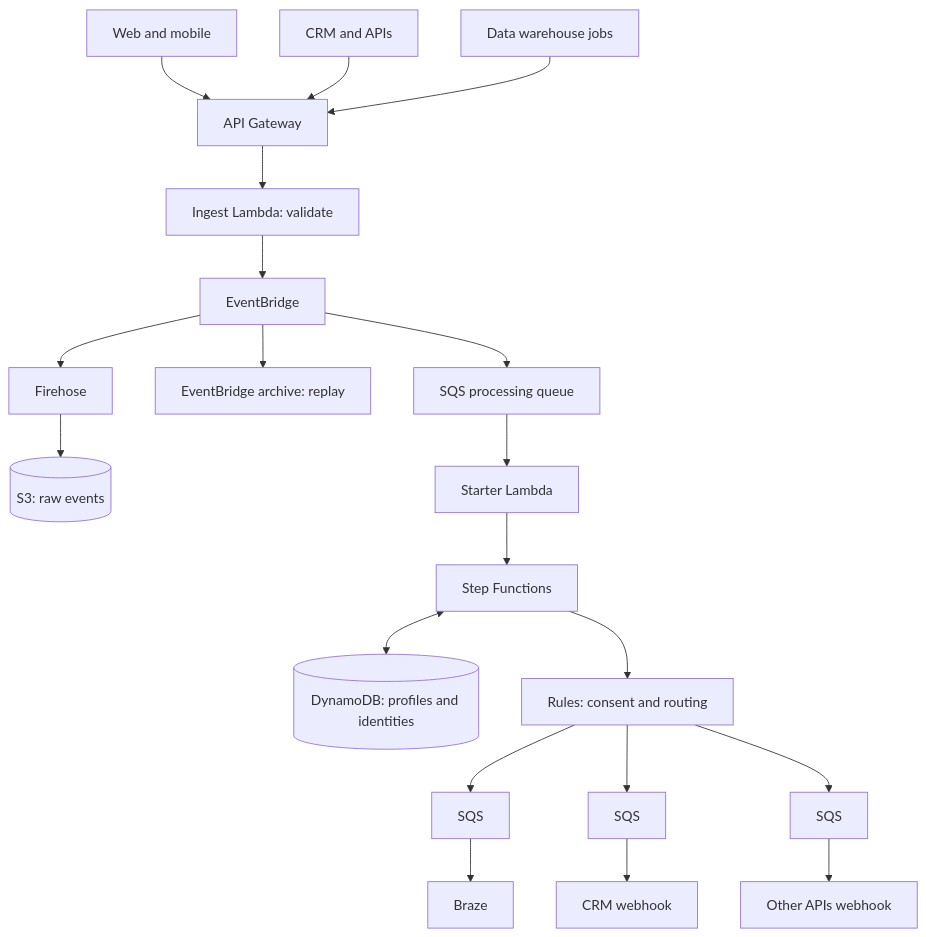
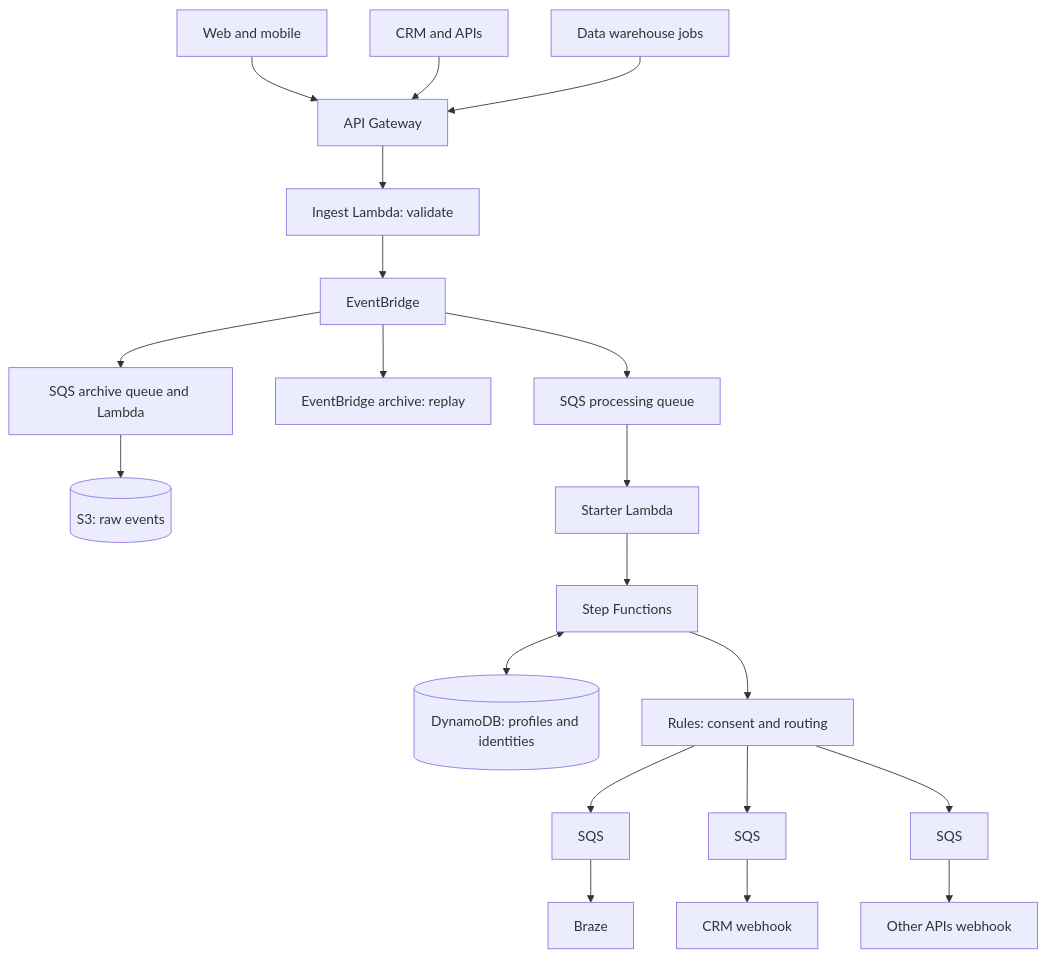
Before and after one commit to DeductiveReasons/customer-data-platform: the first of 3 diagrams in README.md, drawn with Mermaid. The commit also changed other lines of this file and 15 other files, not shown here.

````diff
--- a/README.md
+++ b/README.md
@@ -7,18 +7,18 @@
 ```mermaid
 flowchart TD
     A[Web and mobile] --> D
     B[CRM and APIs] --> D
     C[Data warehouse jobs] --> D
     D[API Gateway] --> E[Ingest Lambda: validate]
     E --> F[EventBridge]
-    F --> G[Firehose] --> H[(S3: raw events)]
+    F --> G[SQS archive queue and Lambda] --> H[(S3: raw events)]
     F --> Q[EventBridge archive: replay]
     F --> I[SQS processing queue]
     I --> J[Starter Lambda]
     J --> K[Step Functions]
     K <--> L[(DynamoDB: profiles and identities)]
     K --> M[Rules: consent and routing]
     M --> N1[SQS] --> O1[Braze]
     M --> N2[SQS] --> O2[CRM webhook]
     M --> N3[SQS] --> O3[Other APIs webhook]
 ```
````
